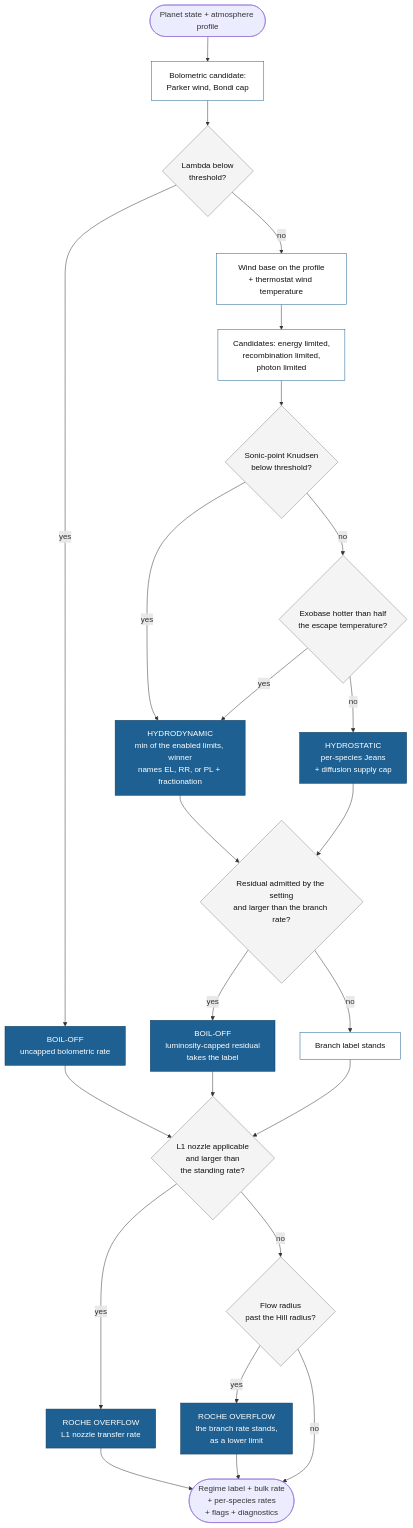
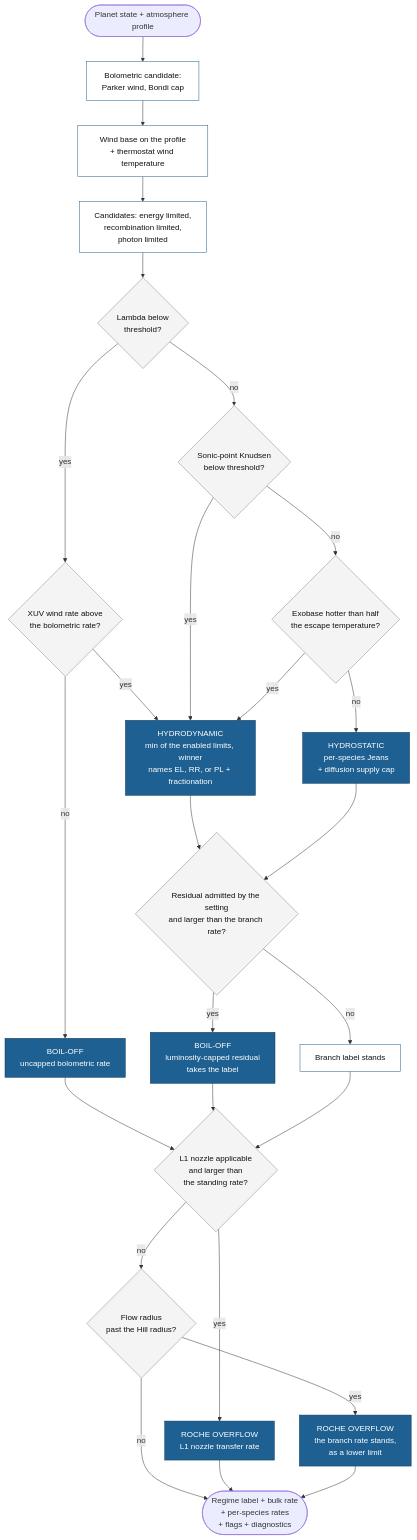
One commit to FormingWorlds/ZEPHYRUS changed the diagram in docs/Explanations/regimes.md. Above: the diagram before and after it, drawn with Mermaid. The commit also changed other lines of this file and 5 other files, not shown here.

First line of the commit message:
Let the XUV wind compete below the boil-off gate

````diff
--- a/docs/Explanations/regimes.md
+++ b/docs/Explanations/regimes.md
@@ -27,32 +27,34 @@
 ```mermaid
 flowchart TD
     IN(["Planet state + atmosphere profile"]) --> BOLO["Bolometric candidate:<br/>Parker wind, Bondi cap"]
-    BOLO --> Q1{"Lambda below<br/>threshold?"}
-    Q1 -- yes --> BO["BOIL-OFF<br/>uncapped bolometric rate"]
-    Q1 -- no --> BASE["Wind base on the profile<br/>+ thermostat wind temperature"]
+    BOLO --> BASE["Wind base on the profile<br/>+ thermostat wind temperature"]
     BASE --> HYD["Candidates: energy limited,<br/>recombination limited,<br/>photon limited"]
-    HYD --> Q2{"Sonic-point Knudsen<br/>below threshold?"}
+    HYD --> Q1{"Lambda below<br/>threshold?"}
+    Q1 -- yes --> QB{"XUV wind rate above<br/>the bolometric rate?"}
+    QB -- yes --> HD
+    QB -- no --> BO["BOIL-OFF<br/>uncapped bolometric rate"]
+    Q1 -- no --> Q2{"Sonic-point Knudsen<br/>below threshold?"}
     Q2 -- yes --> HD["HYDRODYNAMIC<br/>min of the enabled limits, winner<br/>names EL, RR, or PL + fractionation"]
     Q2 -- no --> Q3{"Exobase hotter than half<br/>the escape temperature?"}
     Q3 -- yes --> HD
     Q3 -- no --> HS["HYDROSTATIC<br/>per-species Jeans<br/>+ diffusion supply cap"]
     BO --> QN
     HD --> Q4{"Residual admitted by the setting<br/>and larger than the branch rate?"}
     HS --> Q4
     Q4 -- yes --> BO2["BOIL-OFF<br/>luminosity-capped residual<br/>takes the label"]
     Q4 -- no --> KEEP["Branch label stands"]
     BO2 --> QN{"L1 nozzle applicable<br/>and larger than<br/>the standing rate?"}
     KEEP --> QN
     QN -- yes --> RN["ROCHE OVERFLOW<br/>L1 nozzle transfer rate"]
     QN -- no --> Q5{"Flow radius<br/>past the Hill radius?"}
     Q5 -- yes --> RO["ROCHE OVERFLOW<br/>the branch rate stands,<br/>as a lower limit"]
     Q5 -- no --> OUT(["Regime label + bulk rate<br/>+ per-species rates<br/>+ flags + diagnostics"])
     RN --> OUT
     RO --> OUT
     classDef regime fill:#1e6091,stroke:#0f3a5c,color:#ffffff
     classDef decision fill:#f4f4f4,stroke:#888888,color:#111111
     classDef stage fill:#ffffff,stroke:#1e6091,color:#111111
     class BO,BO2,HD,HS,RN,RO regime
-    class Q1,Q2,Q3,Q4,QN,Q5 decision
+    class Q1,QB,Q2,Q3,Q4,QN,Q5 decision
     class BOLO,BASE,HYD,KEEP stage
 ```
````
